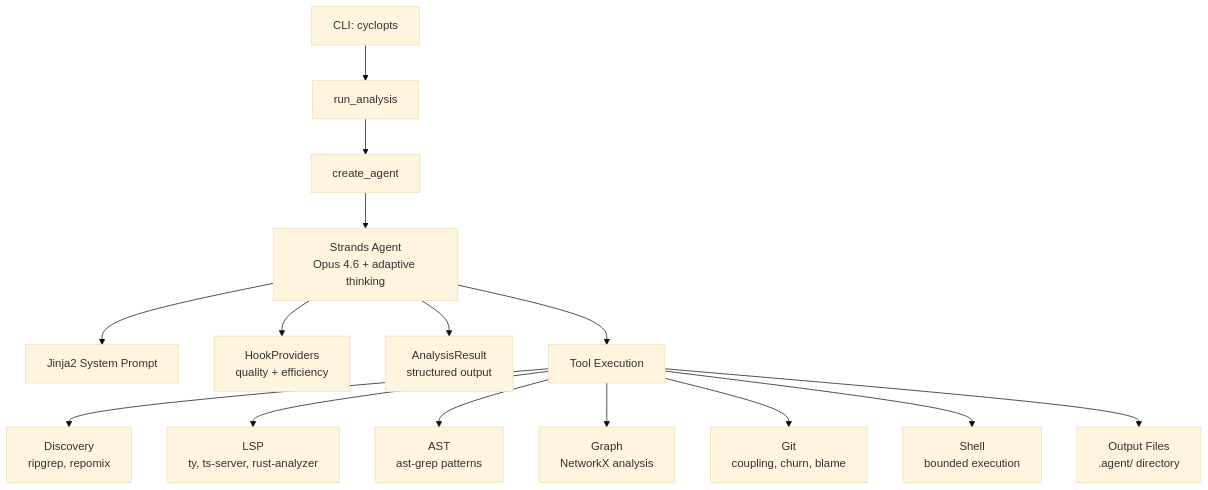
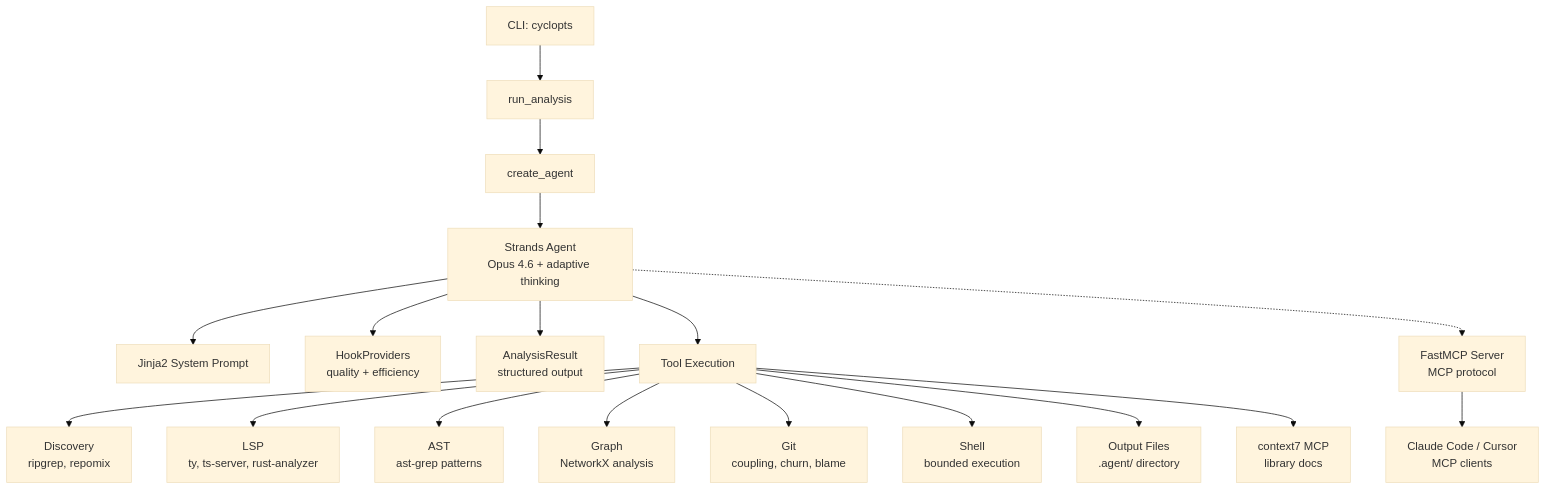
One commit to theagenticguy/code-context-agent changed the diagram in README.md. Above: the diagram before and after it, drawn with Mermaid (base theme). The commit also changed other lines of this file and 4 other files, not shown here.

First line of the commit message:
docs: add MCP server, context7, and serve command to docs

````diff
--- a/README.md
+++ b/README.md
@@ -37,17 +39,20 @@
 ```mermaid
 flowchart TD
     A[CLI: cyclopts] --> B[run_analysis]
     B --> C[create_agent]
     C --> D[Strands Agent<br/>Opus 4.6 + adaptive thinking]
     D --> E[Jinja2 System Prompt]
     D --> F[HookProviders<br/>quality + efficiency]
     D --> G[AnalysisResult<br/>structured output]
     D --> H[Tool Execution]
     H --> I[Discovery<br/>ripgrep, repomix]
     H --> J[LSP<br/>ty, ts-server, rust-analyzer]
     H --> K[AST<br/>ast-grep patterns]
     H --> L[Graph<br/>NetworkX analysis]
     H --> M[Git<br/>coupling, churn, blame]
     H --> N[Shell<br/>bounded execution]
     H --> O[Output Files<br/>.agent/ directory]
+    H --> P[context7 MCP<br/>library docs]
+    D -.-> Q[FastMCP Server<br/>MCP protocol]
+    Q --> R[Claude Code / Cursor<br/>MCP clients]
 ```
````
